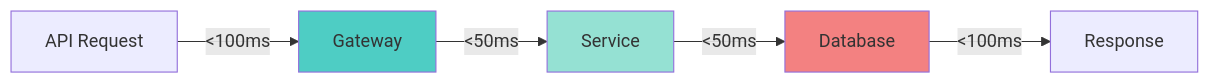
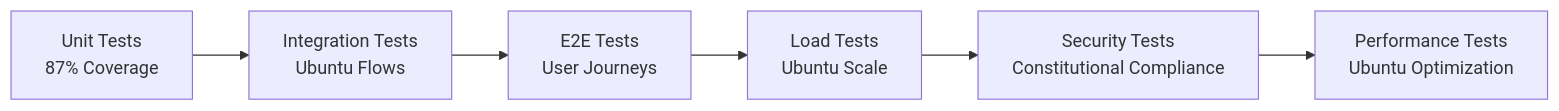
Before and after one commit to Azora-OS/azora: the eighth of 10 diagrams in README.md, drawn with Mermaid. The commit also changed other lines of this file and 245 other files, not shown here.

First line of the commit message:
Major Azora OS ecosystem update: Complete service implementations, documentation overhaul, and system integration

````diff
--- a/README.md
+++ b/README.md
@@ -199,11 +435,8 @@
 ```mermaid
 graph LR
-    A[API Request] -->|<100ms| B[Gateway]
-    B -->|<50ms| C[Service]
-    C -->|<50ms| D[Database]
-    D -->|<100ms| E[Response]
-    
-    style B fill:#4ECDC4
-    style C fill:#95E1D3
-    style D fill:#F38181
+    A[Unit Tests<br/>87% Coverage] --> B[Integration Tests<br/>Ubuntu Flows]
+    B --> C[E2E Tests<br/>User Journeys]
+    C --> D[Load Tests<br/>Ubuntu Scale]
+    D --> E[Security Tests<br/>Constitutional Compliance]
+    E --> F[Performance Tests<br/>Ubuntu Optimization]
 ```
````
